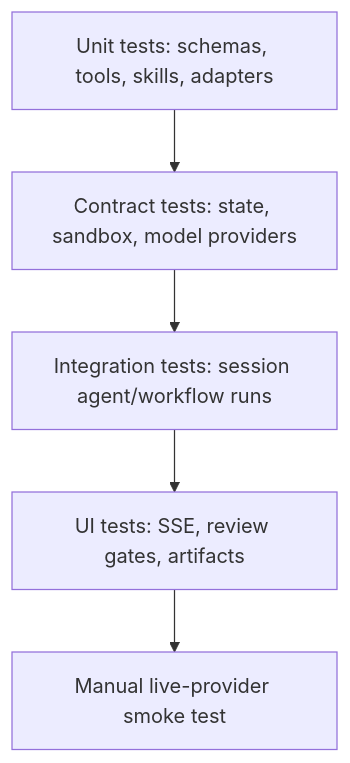
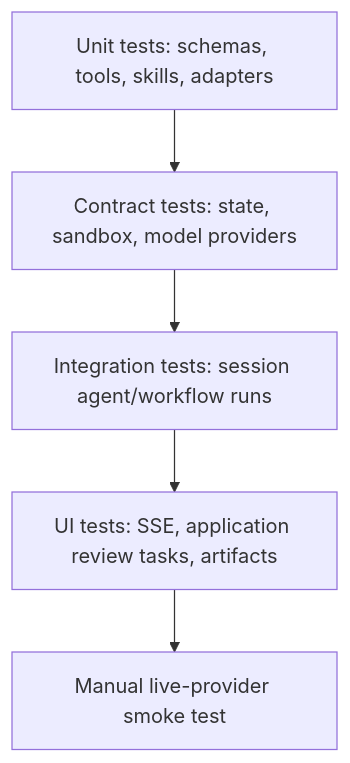
Before and after one commit to puristajs/harness: the diagram in docs/guides/testing.md, drawn with Mermaid. The commit also changed other lines of this file and 11 other files, not shown here.

Commit message:
docs(governance): clarify application-owned review tasks

````diff
--- a/docs/guides/testing.md
+++ b/docs/guides/testing.md
@@ -8,7 +8,7 @@
 ```mermaid
 flowchart TD
   Unit["Unit tests: schemas, tools, skills, adapters"] --> Contract["Contract tests: state, sandbox, model providers"]
   Contract --> Integration["Integration tests: session agent/workflow runs"]
-  Integration --> UI["UI tests: SSE, review gates, artifacts"]
+  Integration --> UI["UI tests: SSE, application review tasks, artifacts"]
   UI --> Manual["Manual live-provider smoke test"]
 ```
````
